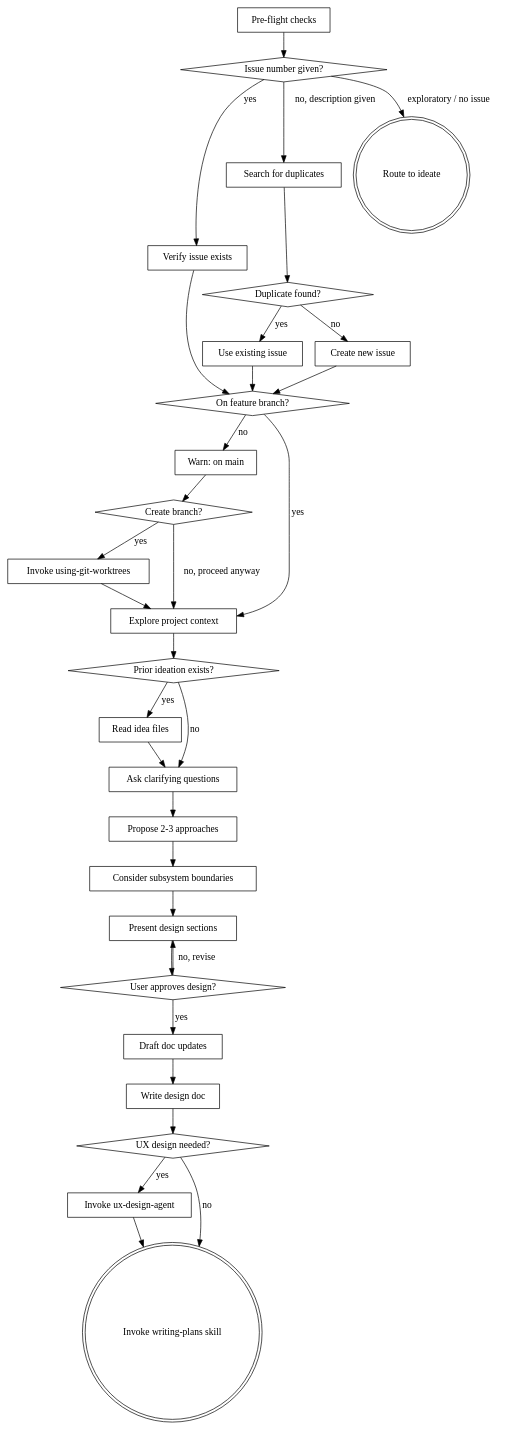
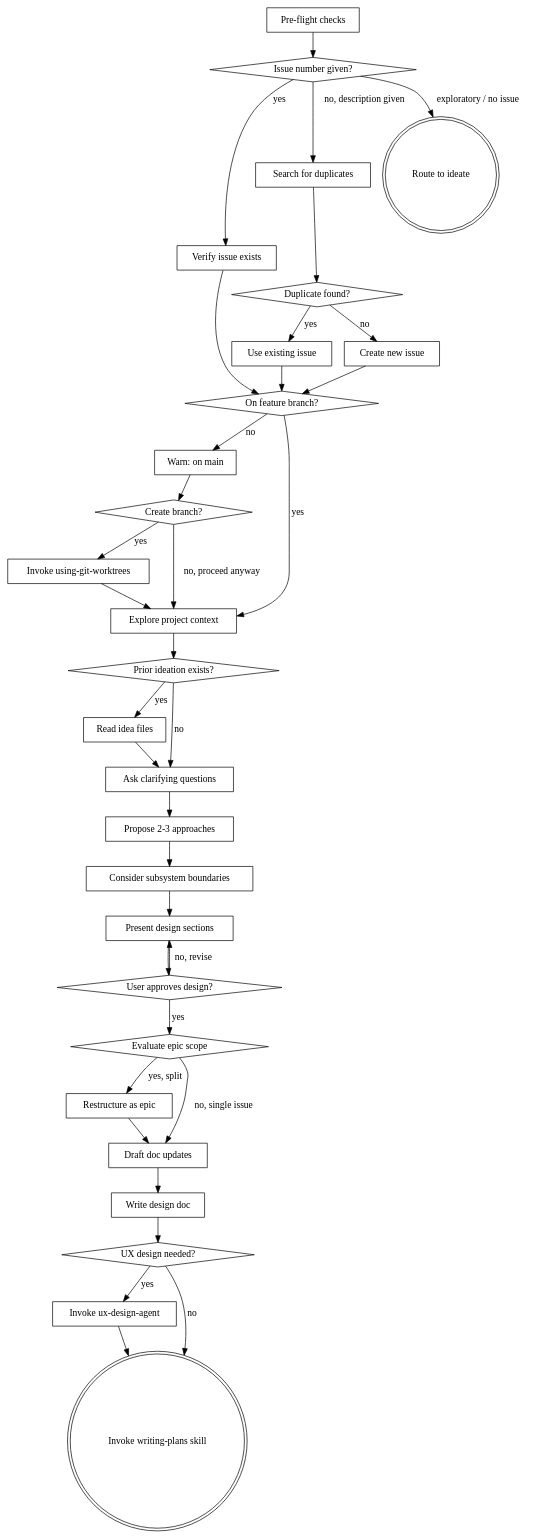
One commit to stvhay/my-claude-plugins changed the diagram in plugins/dev-workflow-toolkit/skills/brainstorming/SKILL.md. Above: the diagram before and after it, drawn with Graphviz. The commit also changed other lines of this file and 7 other files, not shown here.

First line of the commit message:
feat: add epic-vs-issue scope check to brainstorming and finishing skills (#91)

````diff
--- a/plugins/dev-workflow-toolkit/skills/brainstorming/SKILL.md
+++ b/plugins/dev-workflow-toolkit/skills/brainstorming/SKILL.md
@@ -82,67 +83,72 @@
 ```dot
 digraph brainstorming {
     // Pre-flight: issue check (auto-create)
     "Pre-flight checks" [shape=box];
     "Issue number given?" [shape=diamond];
     "Verify issue exists" [shape=box];
     "Search for duplicates" [shape=box];
     "Duplicate found?" [shape=diamond];
     "Use existing issue" [shape=box];
     "Create new issue" [shape=box];
     "Pre-flight checks" -> "Issue number given?";
     "Issue number given?" -> "Verify issue exists" [label="yes"];
     "Issue number given?" -> "Search for duplicates" [label="no, description given"];
     "Issue number given?" -> "Route to ideate" [label="exploratory / no issue"];
     "Route to ideate" [shape=doublecircle];
     "Verify issue exists" -> "On feature branch?";
     "Search for duplicates" -> "Duplicate found?";
     "Duplicate found?" -> "Use existing issue" [label="yes"];
     "Duplicate found?" -> "Create new issue" [label="no"];
     "Use existing issue" -> "On feature branch?";
     "Create new issue" -> "On feature branch?";
 
     // Pre-flight: branch check
     "On feature branch?" [shape=diamond];
     "Warn: on main" [shape=box];
     "Create branch?" [shape=diamond];
     "Invoke using-git-worktrees" [shape=box];
     "On feature branch?" -> "Explore project context" [label="yes"];
     "On feature branch?" -> "Warn: on main" [label="no"];
     "Warn: on main" -> "Create branch?";
     "Create branch?" -> "Invoke using-git-worktrees" [label="yes"];
     "Create branch?" -> "Explore project context" [label="no, proceed anyway"];
     "Invoke using-git-worktrees" -> "Explore project context";
 
     // Discovery and design
     "Explore project context" [shape=box];
     "Prior ideation exists?" [shape=diamond];
     "Read idea files" [shape=box];
     "Ask clarifying questions" [shape=box];
     "Propose 2-3 approaches" [shape=box];
     "Consider subsystem boundaries" [shape=box];
     "Present design sections" [shape=box];
     "User approves design?" [shape=diamond];
     "Explore project context" -> "Prior ideation exists?";
     "Prior ideation exists?" -> "Read idea files" [label="yes"];
     "Prior ideation exists?" -> "Ask clarifying questions" [label="no"];
     "Read idea files" -> "Ask clarifying questions";
     "Ask clarifying questions" -> "Propose 2-3 approaches";
     "Propose 2-3 approaches" -> "Consider subsystem boundaries";
     "Consider subsystem boundaries" -> "Present design sections";
     "Present design sections" -> "User approves design?";
     "User approves design?" -> "Present design sections" [label="no, revise"];
 
     // Finalization
+    "Evaluate epic scope" [shape=diamond];
+    "Restructure as epic" [shape=box];
     "Draft doc updates" [shape=box];
     "Write design doc" [shape=box];
     "UX design needed?" [shape=diamond];
     "Invoke ux-design-agent" [shape=box];
     "Invoke writing-plans skill" [shape=doublecircle];
-    "User approves design?" -> "Draft doc updates" [label="yes"];
+    "User approves design?" -> "Evaluate epic scope" [label="yes"];
+    "Evaluate epic scope" -> "Restructure as epic" [label="yes, split"];
+    "Evaluate epic scope" -> "Draft doc updates" [label="no, single issue"];
+    "Restructure as epic" -> "Draft doc updates";
     "Draft doc updates" -> "Write design doc";
     "Write design doc" -> "UX design needed?";
     "UX design needed?" -> "Invoke ux-design-agent" [label="yes"];
     "UX design needed?" -> "Invoke writing-plans skill" [label="no"];
     "Invoke ux-design-agent" -> "Invoke writing-plans skill";
 }
 ```
````
